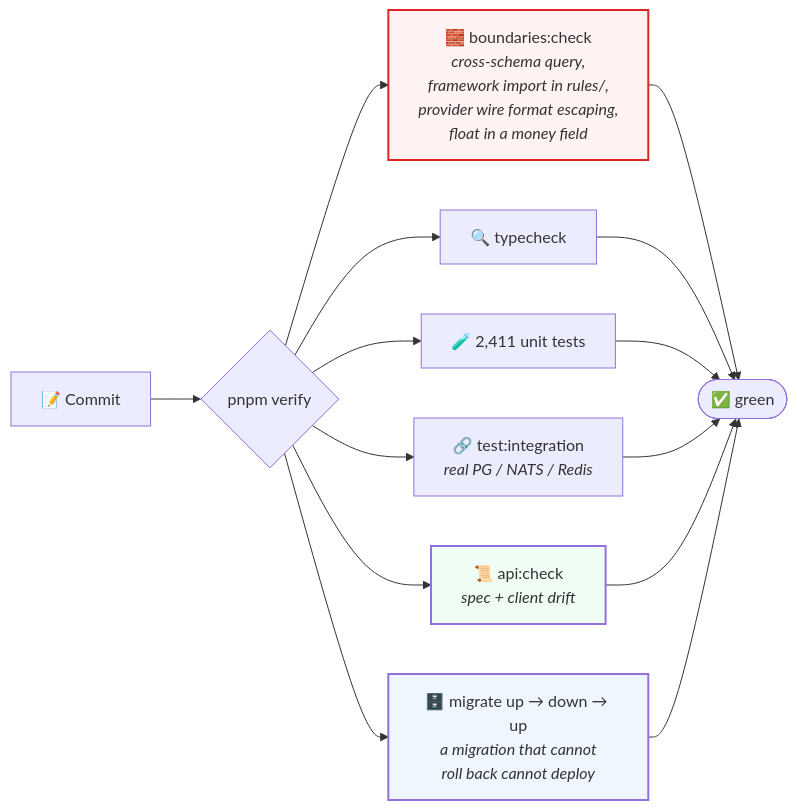
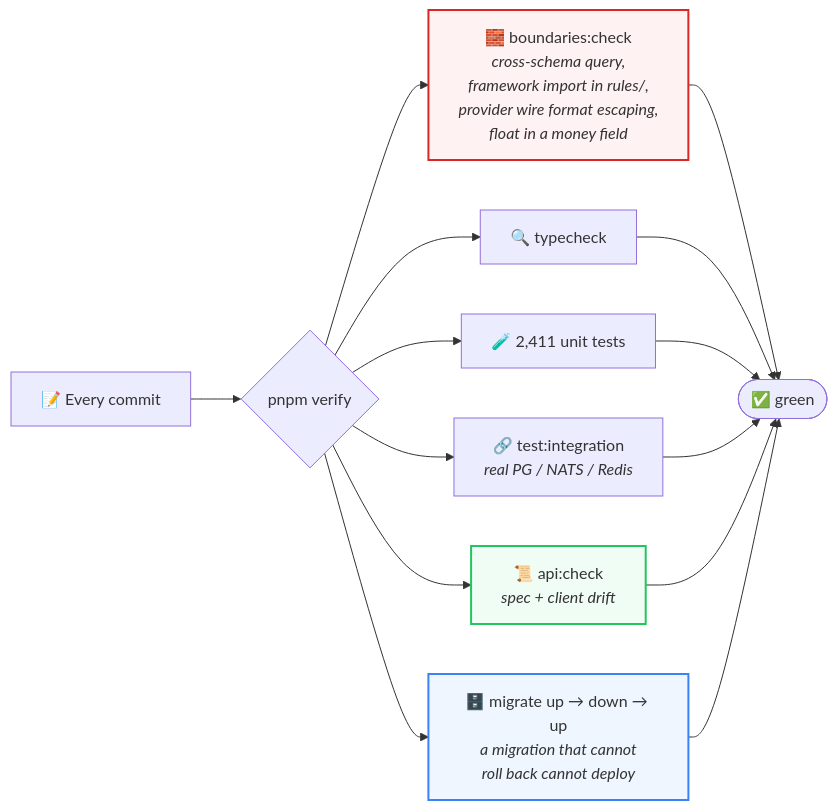
Before and after one commit to mahabubone/zipzap: the sixth of 6 diagrams in README.md, drawn with Mermaid. The commit also changed other lines of this file and 16 other files, not shown here.

````diff
--- a/README.md
+++ b/README.md
@@ -294,17 +324,17 @@
 ```mermaid
 flowchart LR
-    C["📝 Commit"] --> P{"pnpm verify"}
+    C["📝 Every commit"] --> P{"pnpm verify"}
     P --> B["🧱 boundaries:check<br/><i>cross-schema query,<br/>framework import in rules/,<br/>provider wire format escaping,<br/>float in a money field</i>"]
     P --> T["🔍 typecheck"]
     P --> U["🧪 2,411 unit tests"]
     P --> I["🔗 test:integration<br/><i>real PG / NATS / Redis</i>"]
     P --> K["📜 api:check<br/><i>spec + client drift</i>"]
     P --> D["🗄️ migrate up → down → up<br/><i>a migration that cannot<br/>roll back cannot deploy</i>"]
 
     B --> V([✅ green])
     T --> V; U --> V; I --> V; K --> V; D --> V
 
     style B fill:#fef2f2,stroke:#dc2626,stroke-width:2px
-    style K fill:#f0fdf4,stroke#22c55e,stroke-width:2px
-    style D fill:#eff6ff,stroke#3b82f6,stroke-width:2px
+    style K fill:#f0fdf4,stroke:#22c55e,stroke-width:2px
+    style D fill:#eff6ff,stroke:#3b82f6,stroke-width:2px
 ```
````
